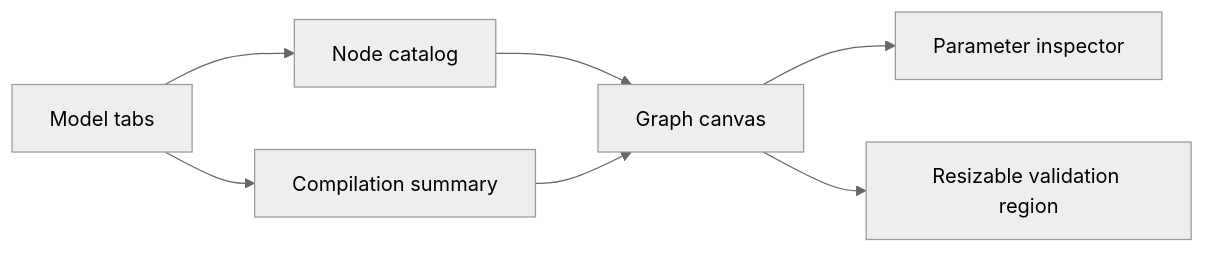
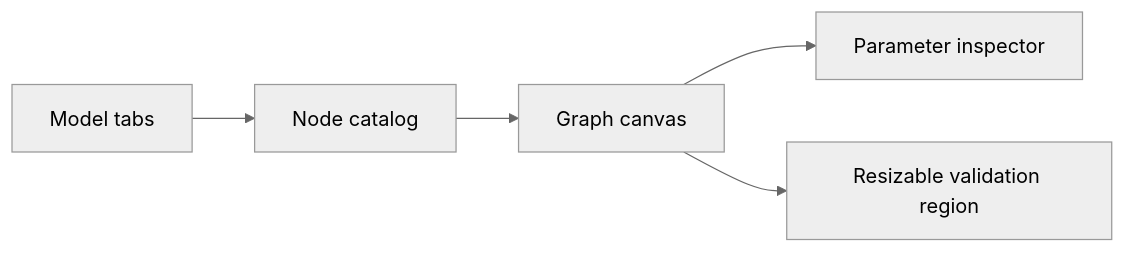
One commit to CTCycle/Neuro-Weave-Studio changed the fourth of 9 diagrams in assets/docs/architecture/model_execution_profile.md. Above: the diagram before and after it, drawn with Mermaid (neutral theme). The commit also changed other lines of this file and 12 other files, not shown here.

````diff
--- a/assets/docs/architecture/model_execution_profile.md
+++ b/assets/docs/architecture/model_execution_profile.md
@@ -61,9 +61,7 @@
 ```mermaid
 flowchart LR
   T[Model tabs] --> C[Node catalog]
-  T --> S[Compilation summary]
   C --> G[Graph canvas]
-  S --> G
   G --> I[Parameter inspector]
   G --> V[Resizable validation region]
 ```
````
